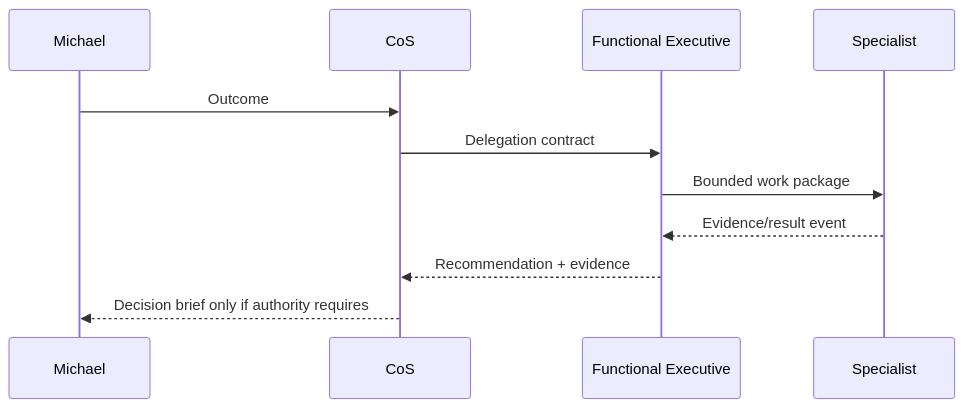
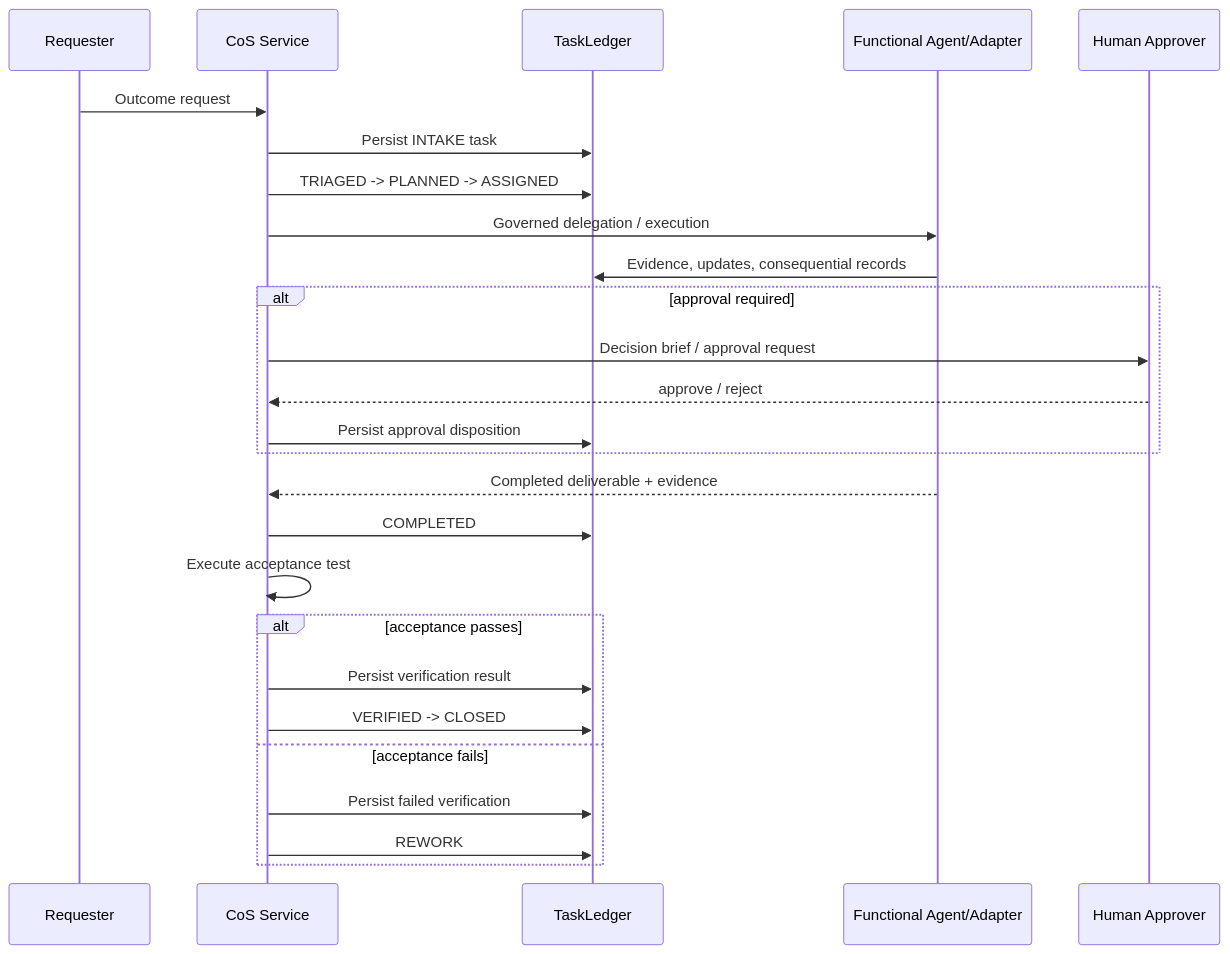
One commit to mkleinbe/mesh-ai-agent-cos-universe changed the second of 2 diagrams in docs/architecture.md. Above: the diagram before and after it, drawn with Mermaid. The commit also changed other lines of this file and 38 other files, not shown here.

Commit message:
docs: reconcile Phase 1 operating core and add Mermaid diagrams

````diff
--- a/docs/architecture.md
+++ b/docs/architecture.md
@@ -36,13 +91,29 @@
 ```mermaid
 sequenceDiagram
-  participant M as Michael
-  participant C as CoS
-  participant X as Functional Executive
-  participant W as Specialist
-  M->>C: Outcome
-  C->>X: Delegation contract
-  X->>W: Bounded work package
-  W-->>X: Evidence/result event
-  X-->>C: Recommendation + evidence
-  C-->>M: Decision brief only if authority requires
+    participant R as Requester
+    participant C as CoS Service
+    participant L as TaskLedger
+    participant F as Functional Agent/Adapter
+    participant H as Human Approver
+
+    R->>C: Outcome request
+    C->>L: Persist INTAKE task
+    C->>L: TRIAGED -> PLANNED -> ASSIGNED
+    C->>F: Governed delegation / execution
+    F->>L: Evidence, updates, consequential records
+    alt approval required
+        C->>H: Decision brief / approval request
+        H-->>C: approve / reject
+        C->>L: Persist approval disposition
+    end
+    F-->>C: Completed deliverable + evidence
+    C->>L: COMPLETED
+    C->>C: Execute acceptance test
+    alt acceptance passes
+        C->>L: Persist verification result
+        C->>L: VERIFIED -> CLOSED
+    else acceptance fails
+        C->>L: Persist failed verification
+        C->>L: REWORK
+    end
 ```
````
